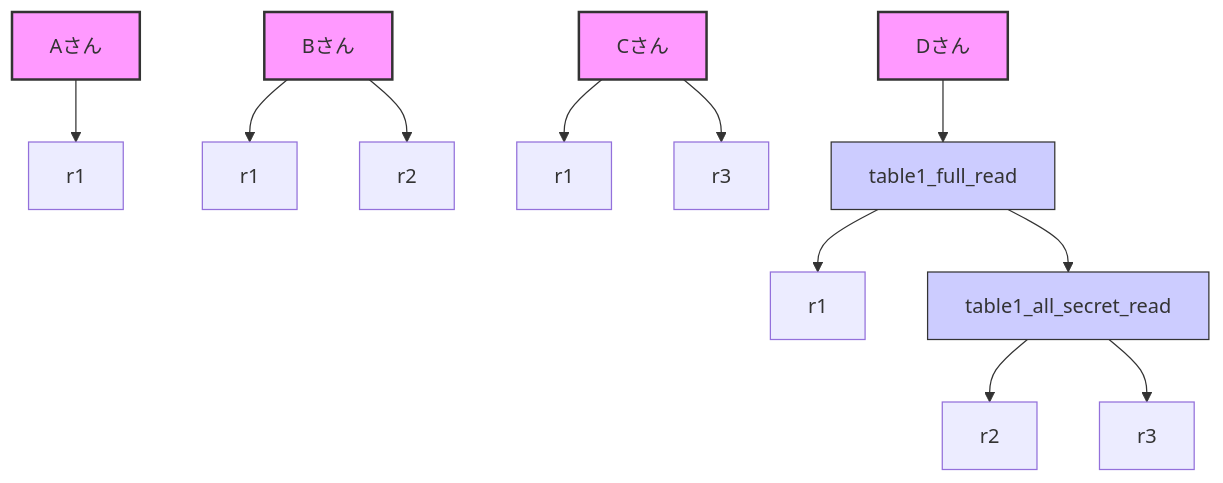
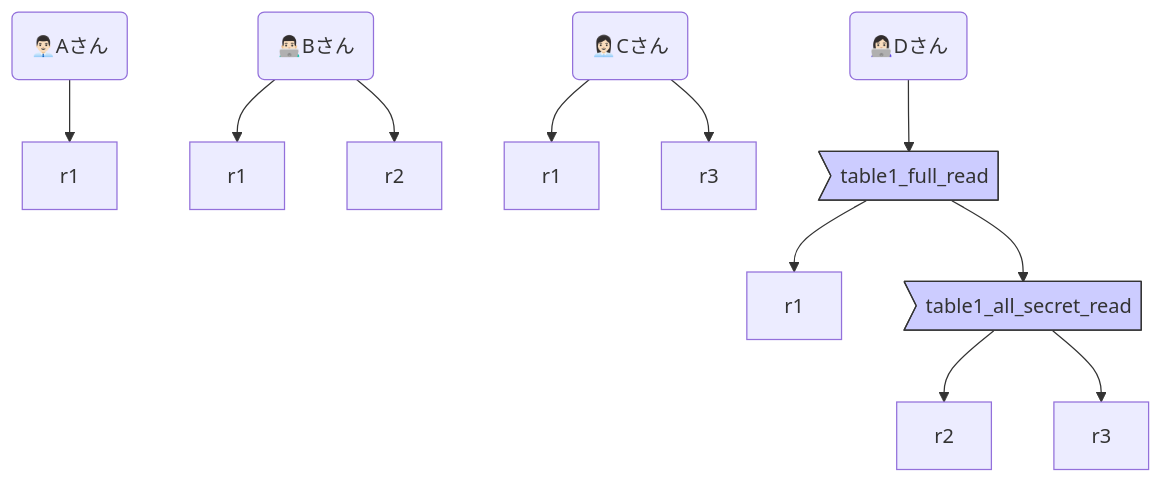
The fourth of 8 diagrams in documents/forDataManagement/datamanagement_guidelines.md (future-architect/arch-guidelines), drawn with Mermaid before and after one commit. The commit also changed other lines of this file, not shown here.

````diff
--- a/documents/forDataManagement/datamanagement_guidelines.md
+++ b/documents/forDataManagement/datamanagement_guidelines.md
@@ -1062,22 +1042,20 @@
 ```mermaid
 graph TD
-    A[Aさん] --> R1_A[r1]
+    A(👨🏻‍💼Aさん) --> R1_A[r1]
 
-    B[Bさん] --> R1_B[r1]
+    B(👨🏻‍💻Bさん) --> R1_B[r1]
     B --> R2_B[r2]
 
-    C[Cさん] --> R1_C[r1]
+    C(👩🏻‍💼Cさん) --> R1_C[r1]
     C --> R3_C[r3]
 
-    D[Dさん] --> T1FR[table1_full_read]
+    D(👩🏻‍💻Dさん) --> T1FR>table1_full_read]
     T1FR --> R1_D[r1]
-    T1FR --> T1ASR[table1_all_secret_read]
+    T1FR --> T1ASR>table1_all_secret_read]
     T1ASR --> R2_D[r2]
     T1ASR --> R3_D[r3]
 
     %% スタイル設定
-    class A,B,C,D person
-    classDef person fill:#f9f,stroke:#333,stroke-width:2px
     class T1FR,T1ASR resource
     classDef resource fill:#ccf,stroke:#333,stroke-width:1px
 ```
````
